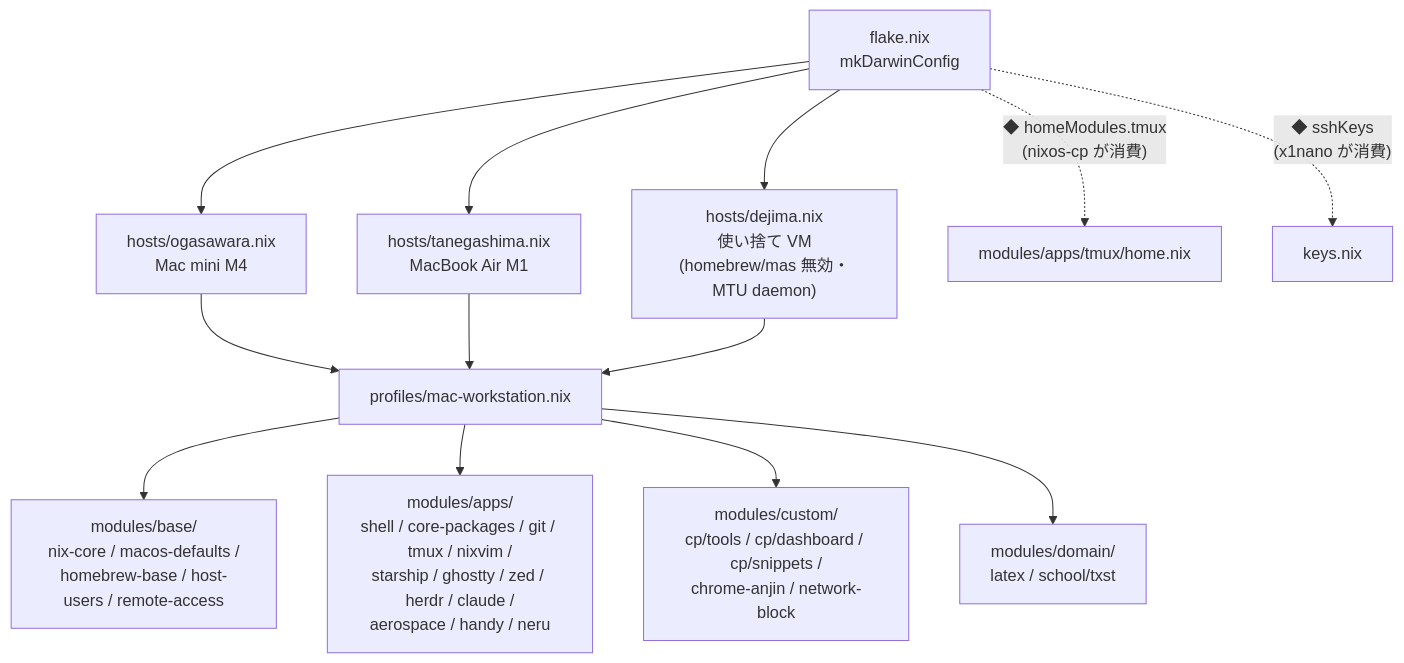
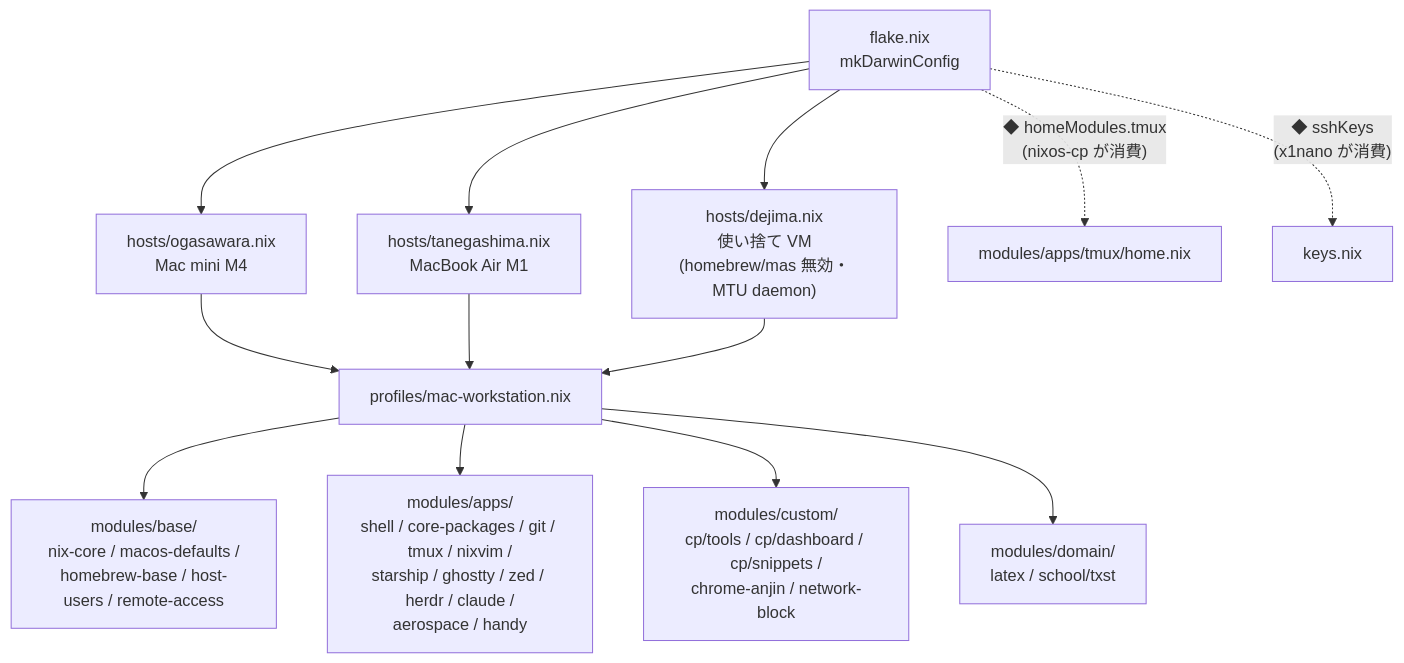
One commit to MeJamoLeo/nix-darwin-conf changed the first of 2 diagrams in README.md. Above: the diagram before and after it, drawn with Mermaid. The commit also changed 4 other files, not shown here.

First line of the commit message:
chore(neru): モジュール引退（apps → _archive）

````diff
--- a/README.md
+++ b/README.md
@@ -34,18 +34,18 @@
 ```mermaid
 graph TD
     flake["flake.nix<br/>mkDarwinConfig"] --> ogasawara["hosts/ogasawara.nix<br/>Mac mini M4"]
     flake --> tanegashima["hosts/tanegashima.nix<br/>MacBook Air M1"]
     flake --> dejima["hosts/dejima.nix<br/>使い捨て VM<br/>(homebrew/mas 無効・MTU daemon)"]
 
     ogasawara --> profile["profiles/mac-workstation.nix"]
     tanegashima --> profile
     dejima --> profile
 
     profile --> base["modules/base/<br/>nix-core / macos-defaults /<br/>homebrew-base / host-users / remote-access"]
-    profile --> apps["modules/apps/<br/>shell / core-packages / git / tmux / nixvim /<br/>starship / ghostty / zed / herdr / claude /<br/>aerospace / handy / neru"]
+    profile --> apps["modules/apps/<br/>shell / core-packages / git / tmux / nixvim /<br/>starship / ghostty / zed / herdr / claude /<br/>aerospace / handy"]
     profile --> custom["modules/custom/<br/>cp/tools / cp/dashboard / cp/snippets /<br/>chrome-anjin / network-block"]
     profile --> domain["modules/domain/<br/>latex / school/txst"]
 
     flake -. "◆ homeModules.tmux<br/>(nixos-cp が消費)" .-> tmux["modules/apps/tmux/home.nix"]
     flake -. "◆ sshKeys<br/>(x1nano が消費)" .-> keys["keys.nix"]
 ```
````
